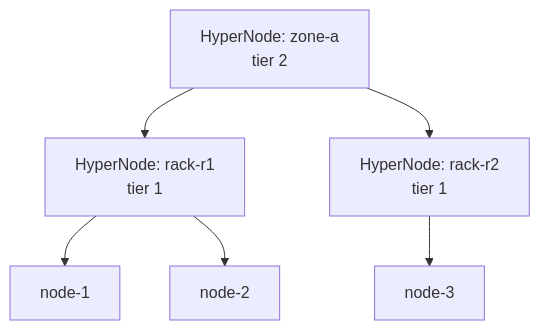
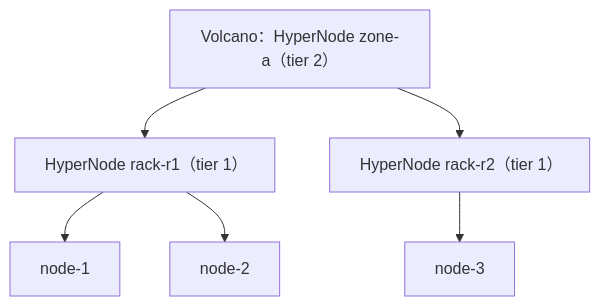
Before and after one commit to JesseStutler/volcano: the seventh of 11 diagrams in docs/research/k8s-workload-aware-scheduling-vs-volcano-cn.md, drawn with Mermaid. The commit also changed other lines of this file and 1 other file, not shown here.

First line of the commit message:
docs: tighten report for sharing and add single-Pod vs PodGroup flow

````diff
--- a/docs/research/k8s-workload-aware-scheduling-vs-volcano-cn.md
+++ b/docs/research/k8s-workload-aware-scheduling-vs-volcano-cn.md
@@ -374,14 +289,14 @@
 ```mermaid
 flowchart TD
-    H2["HyperNode: zone-a<br/>tier 2"]
-    H11["HyperNode: rack-r1<br/>tier 1"]
-    H12["HyperNode: rack-r2<br/>tier 1"]
+    H2["Volcano：HyperNode zone-a（tier 2）"]
+    H11["HyperNode rack-r1（tier 1）"]
+    H12["HyperNode rack-r2（tier 1）"]
     VN1["node-1"]
     VN2["node-2"]
     VN3["node-3"]
     H2 --> H11
     H2 --> H12
     H11 --> VN1
     H11 --> VN2
     H12 --> VN3
 ```
````
